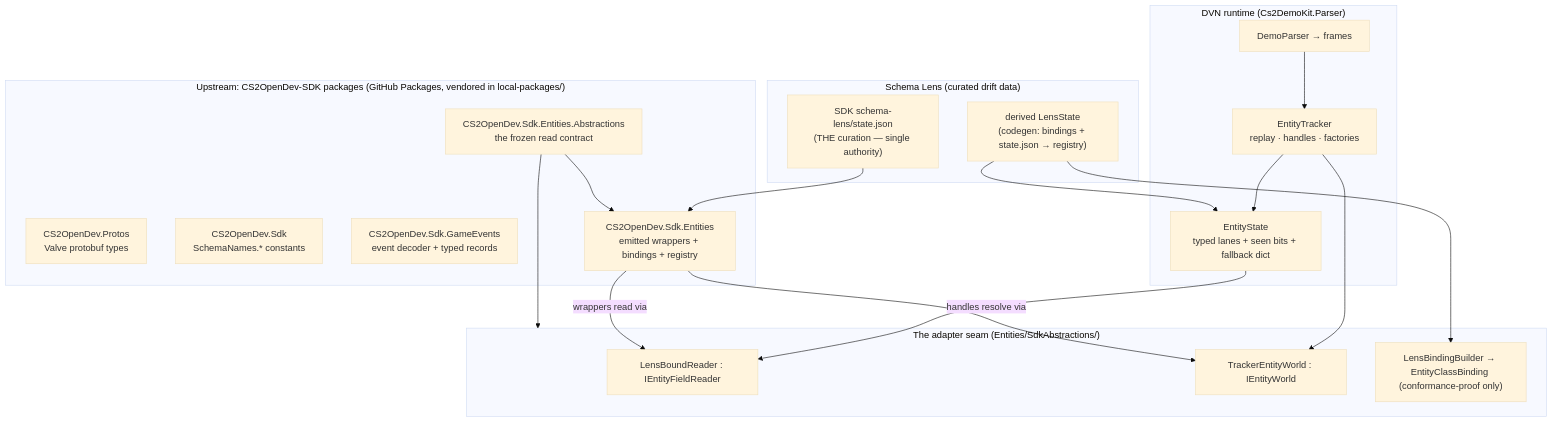
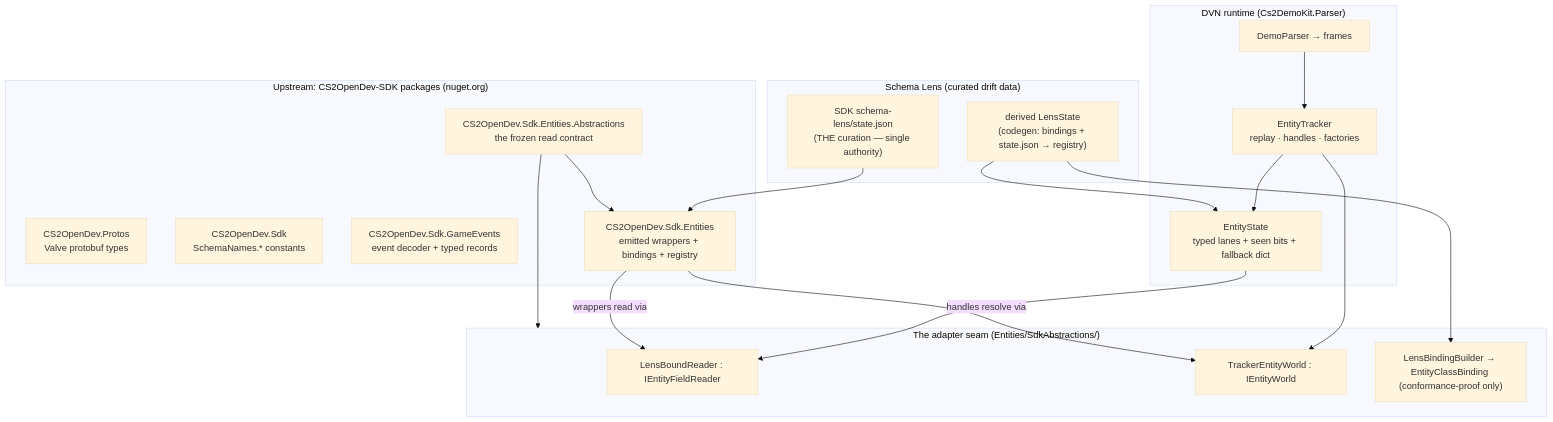
Before and after one commit to sid2934/DemoViewer.NET: the first of 4 diagrams in docs/entity-stack.md, drawn with Mermaid (base theme). The commit also changed other lines of this file and 34 other files, not shown here.

````diff
--- a/docs/entity-stack.md
+++ b/docs/entity-stack.md
@@ -34,34 +34,34 @@
 ```mermaid
 flowchart TD
-    subgraph UP["Upstream: CS2OpenDev-SDK packages (GitHub Packages, vendored in local-packages/)"]
+    subgraph UP["Upstream: CS2OpenDev-SDK packages (nuget.org)"]
         PROTOS["CS2OpenDev.Protos<br/>Valve protobuf types"]
         SDK["CS2OpenDev.Sdk<br/>SchemaNames.* constants"]
         GE["CS2OpenDev.Sdk.GameEvents<br/>event decoder + typed records"]
         ABS["CS2OpenDev.Sdk.Entities.Abstractions<br/>the frozen read contract"]
         ENT["CS2OpenDev.Sdk.Entities<br/>emitted wrappers + bindings + registry"]
     end
     subgraph LENS["Schema Lens (curated drift data)"]
         UPSTATE["SDK schema-lens/state.json<br/>(THE curation — single authority)"]
         LOCSTATE["derived LensState<br/>(codegen: bindings + state.json → registry)"]
     end
     subgraph RT["DVN runtime (Cs2DemoKit.Parser)"]
         PARSER["DemoParser → frames"]
         TRACKER["EntityTracker<br/>replay · handles · factories"]
         STATE["EntityState<br/>typed lanes + seen bits + fallback dict"]
     end
     subgraph SEAM["The adapter seam (Entities/SdkAbstractions/)"]
         READER["LensBoundReader : IEntityFieldReader"]
         WORLD["TrackerEntityWorld : IEntityWorld"]
         BUILDER["LensBindingBuilder → EntityClassBinding (conformance-proof only)"]
     end
     PARSER --> TRACKER --> STATE
     LOCSTATE --> STATE
     UPSTATE --> ENT
     ABS --> ENT
     ABS --> SEAM
     STATE --> READER
     TRACKER --> WORLD
     LOCSTATE --> BUILDER
     ENT -->|"wrappers read via"| READER
     ENT -->|"handles resolve via"| WORLD
 ```
````
